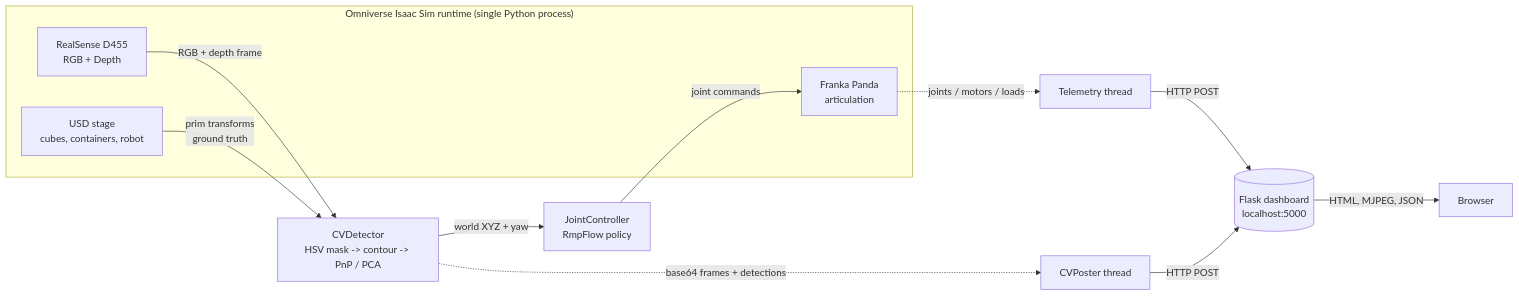
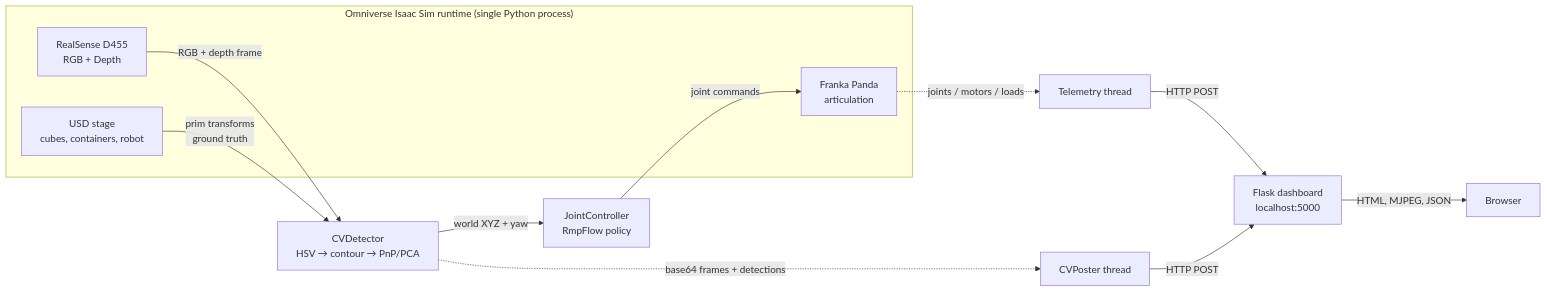
One commit to Dreamzy4/twin-sync-sorter changed the diagram in README.md. Above: the diagram before and after it, drawn with Mermaid. The commit also changed other lines of this file, not shown here.

Commit message:
Add CI badge and fix Mermaid diagram rendering on GitHub

````diff
--- a/README.md
+++ b/README.md
@@ -94,19 +95,19 @@
 ```mermaid
 flowchart LR
     subgraph Isaac["Omniverse Isaac Sim runtime (single Python process)"]
         Cam[RealSense D455<br/>RGB + Depth]
         Stage[USD stage<br/>cubes, containers, robot]
         Robot[Franka Panda<br/>articulation]
     end
 
-    Cam -->|RGB + depth frame| CV[CVDetector<br/>HSV mask -> contour -> PnP / PCA]
+    Cam -->|RGB + depth frame| CV["CVDetector<br/>HSV → contour → PnP/PCA"]
     Stage -->|prim transforms<br/>ground truth| CV
     CV -->|world XYZ + yaw| Motion[JointController<br/>RmpFlow policy]
     Motion -->|joint commands| Robot
 
     CV -. base64 frames + detections .-> Poster[CVPoster thread]
     Robot -. joints / motors / loads .-> Tele[Telemetry thread]
-    Poster -->|HTTP POST| Flask[(Flask dashboard<br/>localhost:5000)]
+    Poster -->|HTTP POST| Flask["Flask dashboard<br/>localhost:5000"]
     Tele -->|HTTP POST| Flask
     Flask -->|HTML, MJPEG, JSON| Browser
 ```
````
